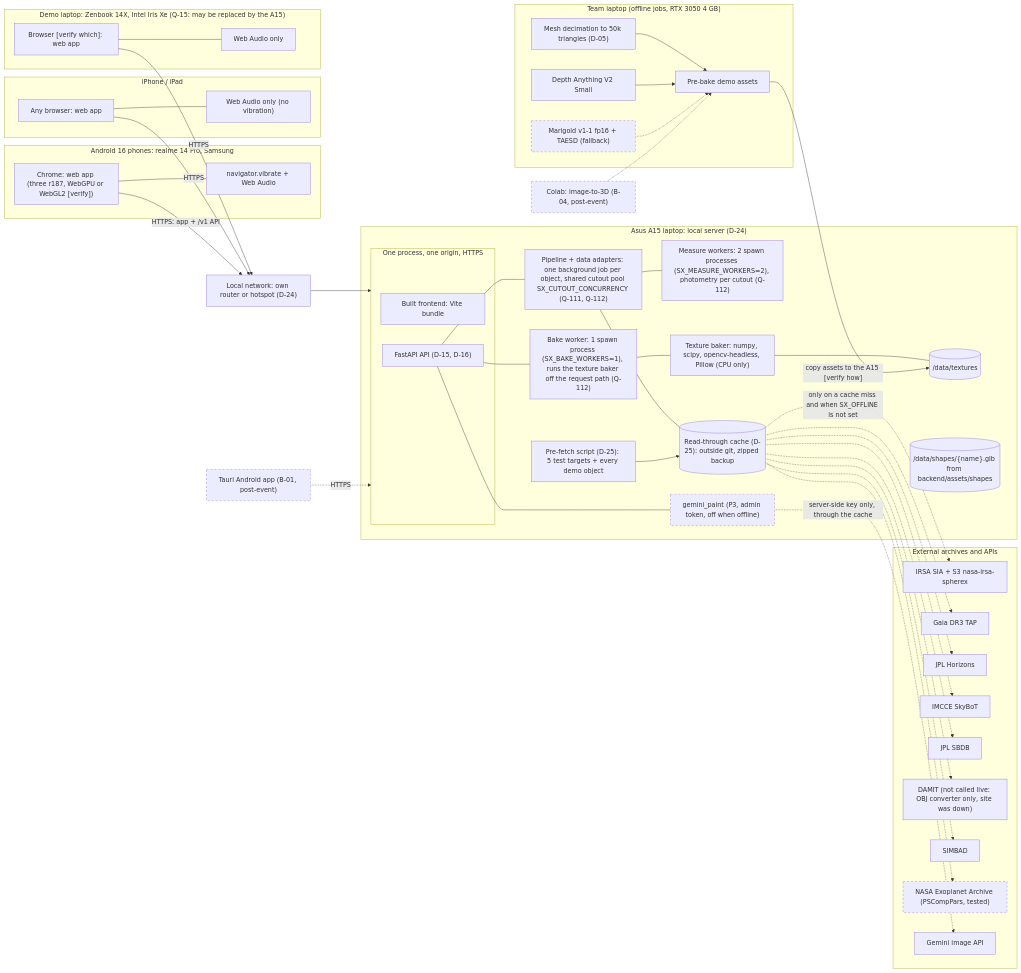
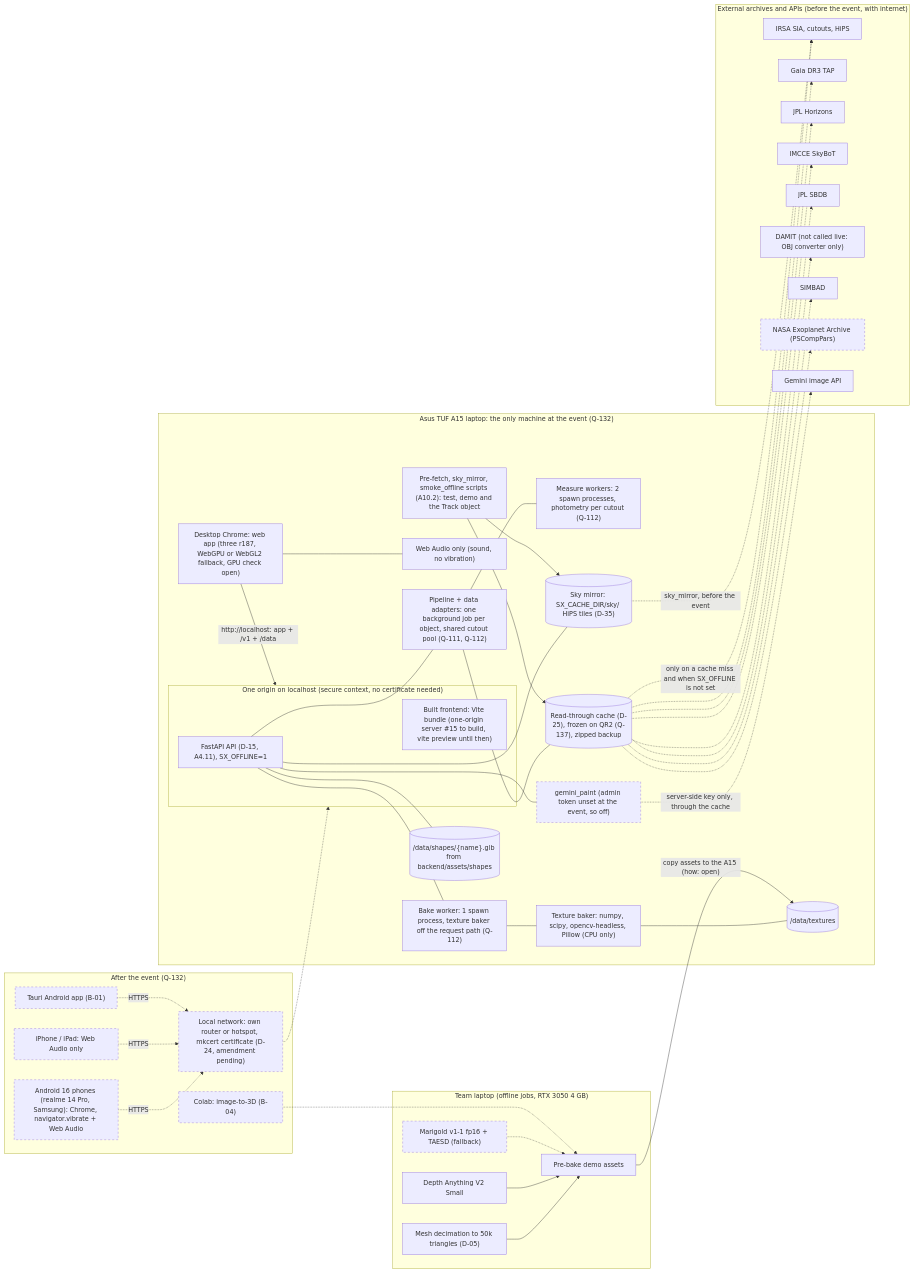
Before and after one commit to 0ffrian/SphereX: the diagram in docs/uml/03-deployment.md, drawn with Mermaid. The commit also changed other lines of this file and 66 other files, not shown here.

````diff
--- a/docs/uml/03-deployment.md
+++ b/docs/uml/03-deployment.md
@@ -5,47 +5,35 @@
 ```mermaid
 flowchart LR
-  subgraph Phones["Android 16 phones: realme 14 Pro, Samsung"]
-    Chrome["Chrome: web app (three r187, WebGPU or WebGL2 [verify])"]
-    Vib["navigator.vibrate + Web Audio"]
-    Chrome --- Vib
-  end
-
-  subgraph Apple["iPhone / iPad"]
-    Safari["Any browser: web app"]
-    AudioOnly1["Web Audio only (no vibration)"]
-    Safari --- AudioOnly1
-  end
-
-  subgraph Laptop["Demo laptop: Zenbook 14X, Intel Iris Xe (Q-15: may be replaced by the A15)"]
-    LaptopBrowser["Browser [verify which]: web app"]
-    AudioOnly2["Web Audio only"]
-    LaptopBrowser --- AudioOnly2
-  end
-
-  LAN["Local network: own router or hotspot (D-24)"]
-
-  subgraph A15["Asus A15 laptop: local server (D-24)"]
-    subgraph Origin["One process, one origin, HTTPS"]
-      Bundle["Built frontend: Vite bundle"]
-      PyAPI["FastAPI API (D-15, D-16)"]
+  subgraph A15["Asus TUF A15 laptop: the only machine at the event (Q-132)"]
+    Browser["Desktop Chrome: web app (three r187, WebGPU or WebGL2 fallback, GPU check open)"]
+    AudioOut["Web Audio only (sound, no vibration)"]
+    Browser --- AudioOut
+    subgraph Origin["One origin on localhost (secure context, no certificate needed)"]
+      Bundle["Built frontend: Vite bundle (one-origin server #15 to build, vite preview until then)"]
+      PyAPI["FastAPI API (D-15, A4.11), SX_OFFLINE=1"]
     end
-    PipelineN["Pipeline + data adapters: one background job per object, shared cutout pool SX_CUTOUT_CONCURRENCY (Q-111, Q-112)"]
-    MeasureW["Measure workers: 2 spawn processes (SX_MEASURE_WORKERS=2), photometry per cutout (Q-112)"]
-    BakeW["Bake worker: 1 spawn process (SX_BAKE_WORKERS=1), runs the texture baker off the request path (Q-112)"]
+    PipelineN["Pipeline + data adapters: one background job per object, shared cutout pool (Q-111, Q-112)"]
+    MeasureW["Measure workers: 2 spawn processes, photometry per cutout (Q-112)"]
+    BakeW["Bake worker: 1 spawn process, texture baker off the request path (Q-112)"]
     BakerN["Texture baker: numpy, scipy, opencv-headless, Pillow (CPU only)"]
-    GemN["gemini_paint (P3, admin token, off when offline)"]
-    Cache[("Read-through cache (D-25): outside git, zipped backup")]
+    GemN["gemini_paint (admin token unset at the event, so off)"]
+    Cache[("Read-through cache (D-25), frozen on QR2 (Q-137), zipped backup")]
+    SkyStore[("Sky mirror: SX_CACHE_DIR/sky/ HiPS tiles (D-35)")]
     Textures[("/data/textures")]
     Shapes[("/data/shapes/{name}.glb from backend/assets/shapes")]
-    PreFetch["Pre-fetch script (D-25): 5 test targets + every demo object"]
+    PreFetch["Pre-fetch, sky_mirror, smoke_offline scripts (A10.2): test, demo and the Track object"]
+    Browser -->|"http://localhost: app + /v1 + /data"| Origin
     PyAPI --- PipelineN
     PipelineN --- MeasureW
     PyAPI --- BakeW
     BakeW --- BakerN
     PyAPI --- GemN
     PipelineN --- Cache
+    PyAPI --- SkyStore
     BakerN --- Textures
+    PyAPI --- Shapes
     PreFetch --> Cache
+    PreFetch --> SkyStore
   end
 
   subgraph TeamLaptop["Team laptop (offline jobs, RTX 3050 4 GB)"]
@@ -55,25 +43,30 @@
     Prebake["Pre-bake demo assets"]
   end
 
-  subgraph Archives["External archives and APIs"]
-    IRSA["IRSA SIA + S3 nasa-irsa-spherex"]
+  subgraph Archives["External archives and APIs (before the event, with internet)"]
+    IRSA["IRSA SIA, cutouts, HiPS"]
     Gaia["Gaia DR3 TAP"]
     Horizons["JPL Horizons"]
     SkyBoT["IMCCE SkyBoT"]
     SBDB["JPL SBDB"]
-    DAMIT["DAMIT (not called live: OBJ converter only, site was down)"]
+    DAMIT["DAMIT (not called live: OBJ converter only)"]
     SIMBAD["SIMBAD"]
-    Exo["NASA Exoplanet Archive (PSCompPars, tested)"]
+    Exo["NASA Exoplanet Archive (PSCompPars)"]
     GeminiAPI["Gemini image API"]
   end
 
-  Tauri["Tauri Android app (B-01, post-event)"]
-  Colab["Colab: image-to-3D (B-04, post-event)"]
+  subgraph AfterEvent["After the event (Q-132)"]
+    Phones["Android 16 phones (realme 14 Pro, Samsung): Chrome, navigator.vibrate + Web Audio"]
+    Apple["iPhone / iPad: Web Audio only"]
+    LAN["Local network: own router or hotspot, mkcert certificate (D-24, amendment pending)"]
+    Tauri["Tauri Android app (B-01)"]
+    Colab["Colab: image-to-3D (B-04)"]
+  end
 
-  Chrome -->|"HTTPS: app + /v1 API"| LAN
-  Safari -->|"HTTPS"| LAN
-  LaptopBrowser -->|"HTTPS"| LAN
-  LAN --> Origin
+  Phones -.->|"HTTPS"| LAN
+  Apple -.->|"HTTPS"| LAN
+  Tauri -.->|"HTTPS"| LAN
+  LAN -.-> Origin
 
   Cache -.->|"only on a cache miss and when SX_OFFLINE is not set"| IRSA
   Cache -.-> Gaia
@@ -83,16 +76,15 @@
   Cache -.-> DAMIT
   Cache -.-> SIMBAD
   Cache -.-> Exo
+  SkyStore -.->|"sky_mirror, before the event"| IRSA
   GemN -.->|"server-side key only, through the cache"| GeminiAPI
 
-  Prebake -->|"copy assets to the A15 [verify how]"| Textures
+  Prebake -->|"copy assets to the A15 (how: open)"| Textures
   Decimate --> Prebake
   DepthAny --> Prebake
   Marigold -.-> Prebake
-
-  Tauri -.->|"HTTPS"| Origin
   Colab -.-> Prebake
 
   classDef post stroke-dasharray: 5 5
-  class Tauri,Colab,Marigold,Exo,GemN post
+  class Phones,Apple,LAN,Tauri,Colab,Marigold,Exo,GemN post
 ```
````
